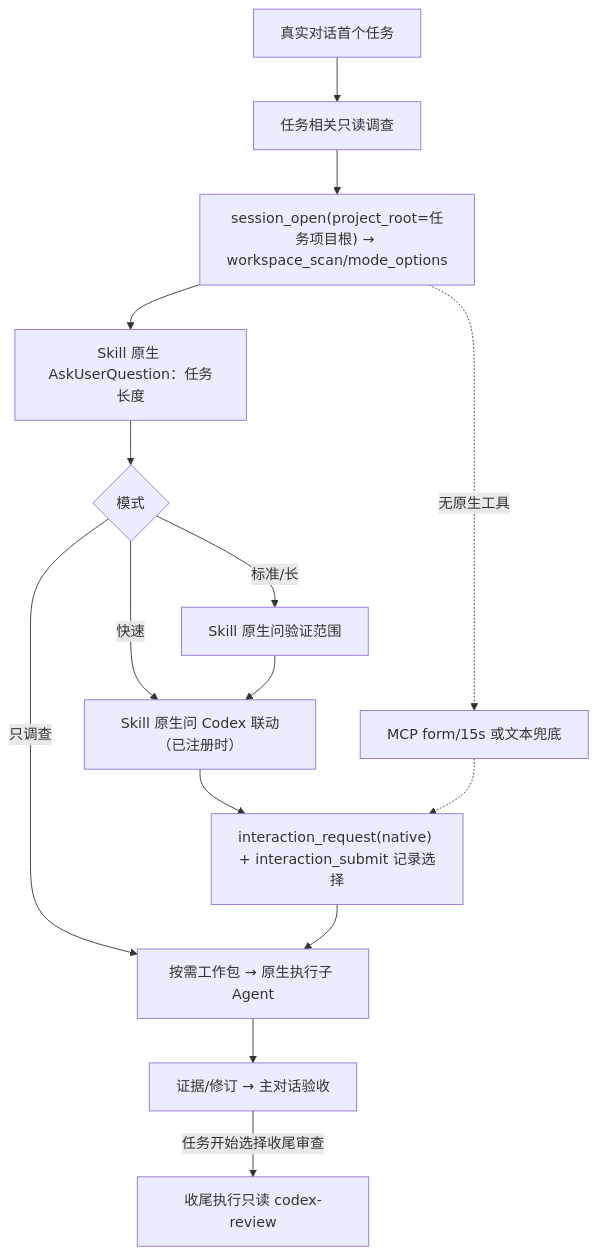
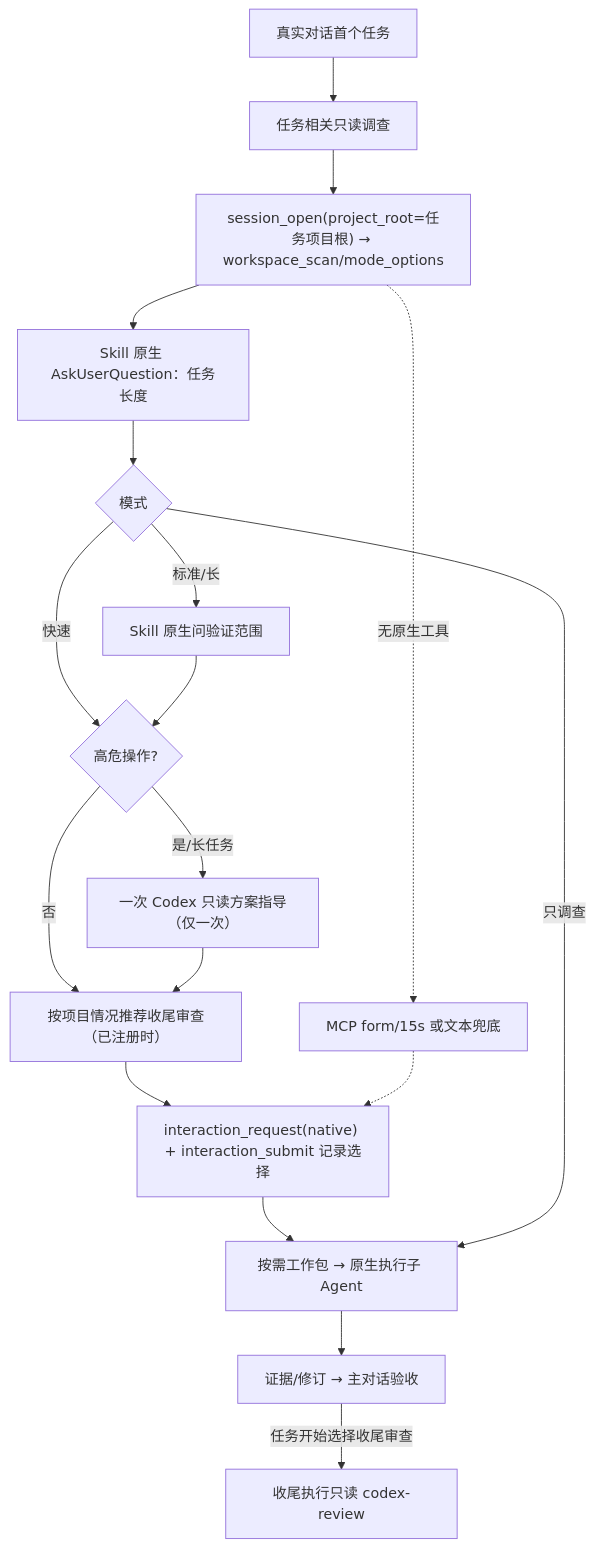
The diagram in README.md (jinsc123654/single-conversation-subagent-skill), drawn with Mermaid before and after one commit. The commit also changed other lines of this file and 12 other files, not shown here.

````diff
--- a/README.md
+++ b/README.md
@@ -7,17 +7,20 @@
 ```mermaid
 flowchart TD
   S["真实对话首个任务"] --> I["任务相关只读调查"]
   I --> O["session_open(project_root=任务项目根) → workspace_scan/mode_options"]
   O --> A["Skill 原生 AskUserQuestion：任务长度"]
   A --> M{"模式"}
   M -->|标准/长| V["Skill 原生问验证范围"]
-  M -->|快速| K["Skill 原生问 Codex 联动（已注册时）"]
-  M -->|只调查| P
-  V --> K
+  M -->|快速| G{"高危操作?"}
+  V --> G
+  G -->|是/长任务| C["一次 Codex 只读方案指导（仅一次）"]
+  G -->|否| K["按项目情况推荐收尾审查（已注册时）"]
+  C --> K
   K --> R["interaction_request(native) + interaction_submit 记录选择"]
   R --> P["按需工作包 → 原生执行子 Agent"]
+  M -->|只调查| P
   P --> E["证据/修订 → 主对话验收"]
   E -->|任务开始选择收尾审查| X["收尾执行只读 codex-review"]
   O -.->|无原生工具| F["MCP form/15s 或文本兜底"]
   F -.-> R
 ```
````
